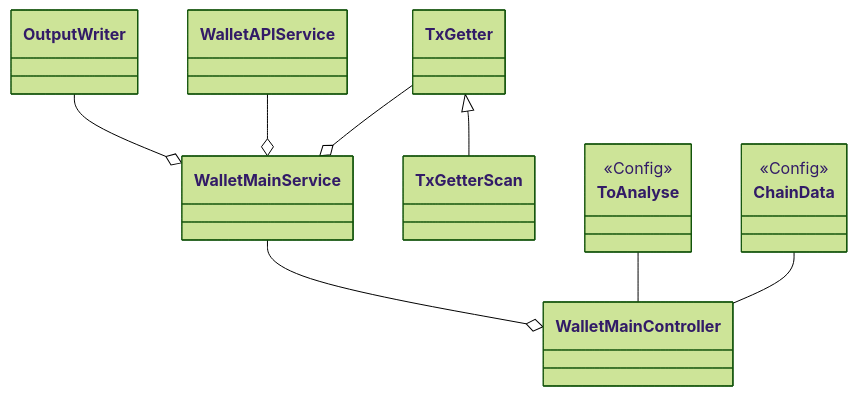
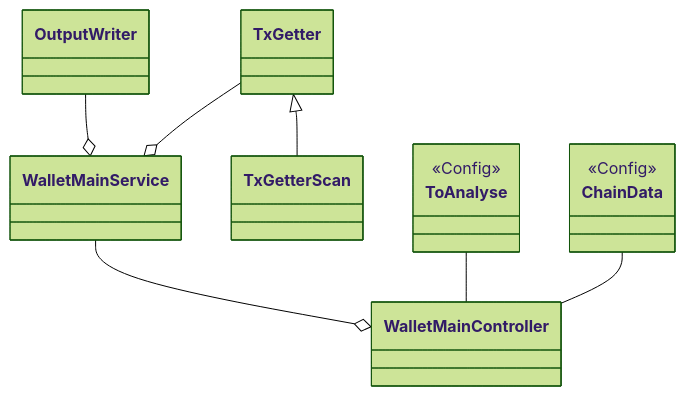
The diagram in README.md (SmiteDeluxe/tx-tax-formatter), drawn with Mermaid before and after one commit.

````diff
--- a/README.md
+++ b/README.md
@@ -1,17 +1,16 @@
 ```mermaid
 %%{init: {'theme': 'forest'} }%%
 classDiagram
       OutputWriter --o WalletMainService
       WalletMainService --o WalletMainController
-      WalletAPIService --o WalletMainService
       TxGetter --o WalletMainService
       TxGetter <|-- TxGetterScan
       ToAnalyse -- WalletMainController
       ChainData -- WalletMainController
       class ToAnalyse {
         <<Config>>
       }
       class ChainData {
         <<Config>>
       }
 ```
````
